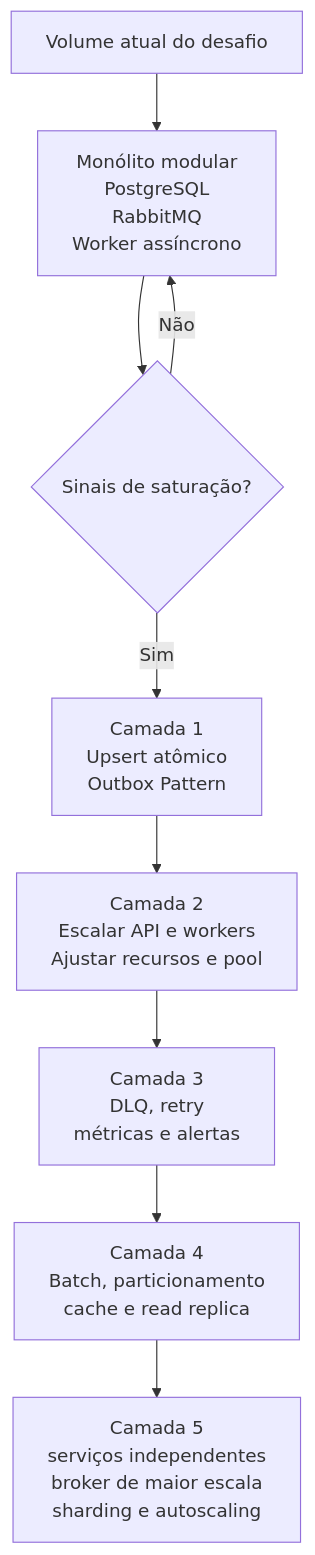
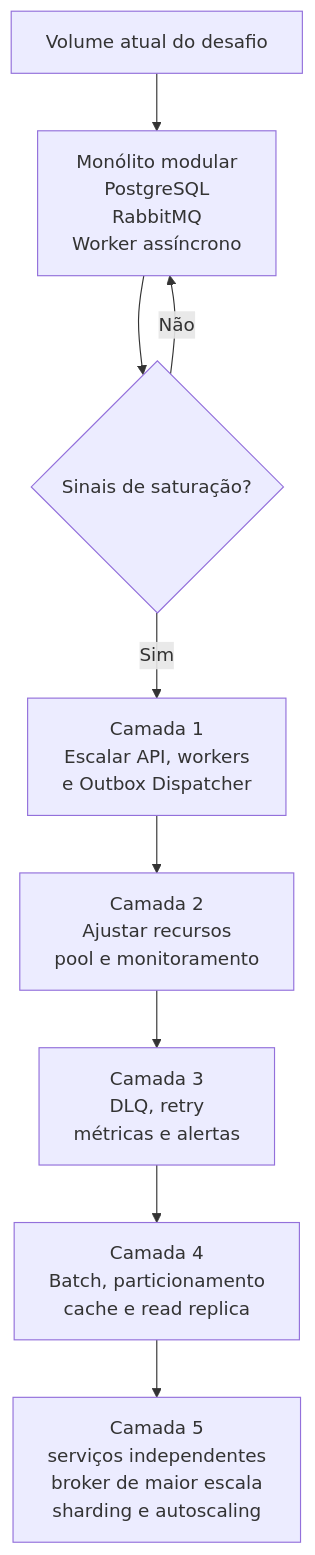
One commit to evosoftwares/cashflow-challenge-Gabriel changed the diagram in docs/scalability.md. Above: the diagram before and after it, drawn with Mermaid. The commit also changed other lines of this file and 28 other files, not shown here.

````diff
--- a/docs/scalability.md
+++ b/docs/scalability.md
@@ -144,20 +144,20 @@
 ```mermaid
 flowchart TD
     START[Volume atual do desafio]
     CURRENT[Monólito modular<br/>PostgreSQL<br/>RabbitMQ<br/>Worker assíncrono]
     ALERTS{Sinais de saturação?}
-    L1[Camada 1<br/>Upsert atômico<br/>Outbox Pattern]
-    L2[Camada 2<br/>Escalar API e workers<br/>Ajustar recursos e pool]
+    L1[Camada 1<br/>Escalar API, workers<br/>e Outbox Dispatcher]
+    L2[Camada 2<br/>Ajustar recursos<br/>pool e monitoramento]
     L3[Camada 3<br/>DLQ, retry<br/>métricas e alertas]
     L4[Camada 4<br/>Batch, particionamento<br/>cache e read replica]
     L5[Camada 5<br/>serviços independentes<br/>broker de maior escala<br/>sharding e autoscaling]
 
     START --> CURRENT
     CURRENT --> ALERTS
     ALERTS -->|Não| CURRENT
     ALERTS -->|Sim| L1
     L1 --> L2
     L2 --> L3
     L3 --> L4
     L4 --> L5
 ```
````
